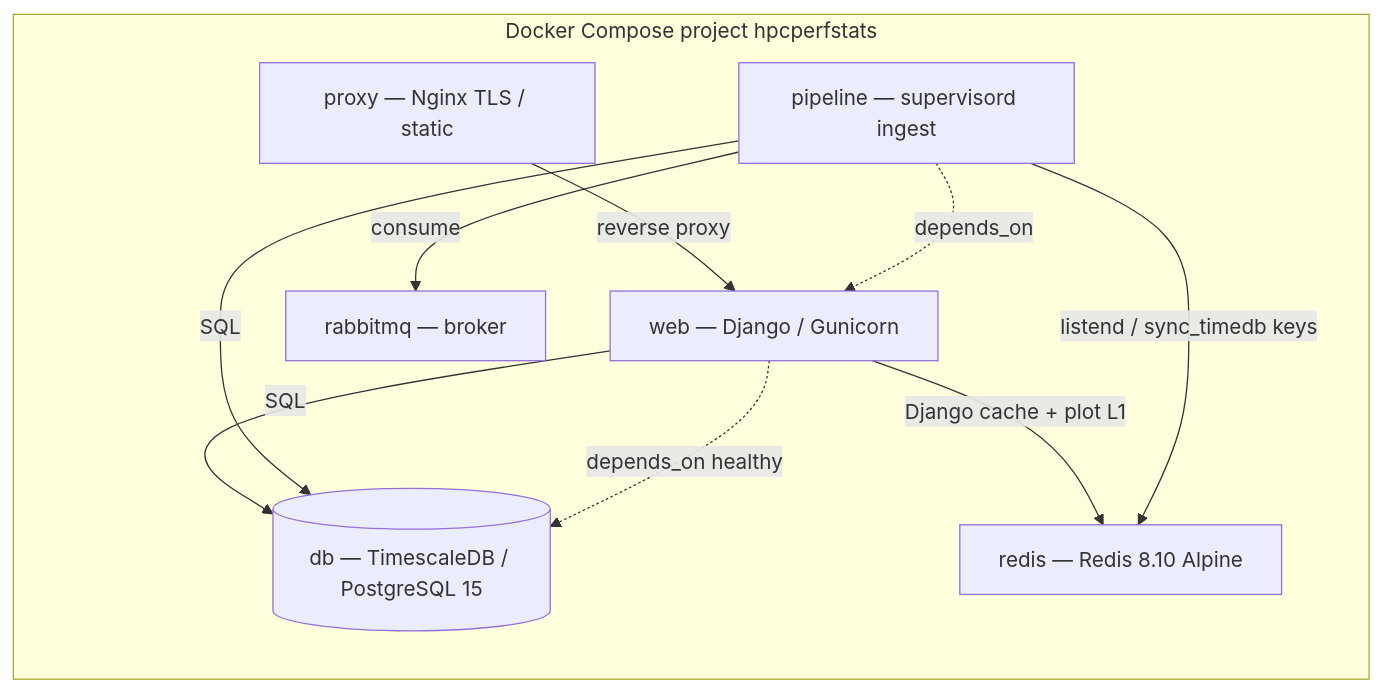
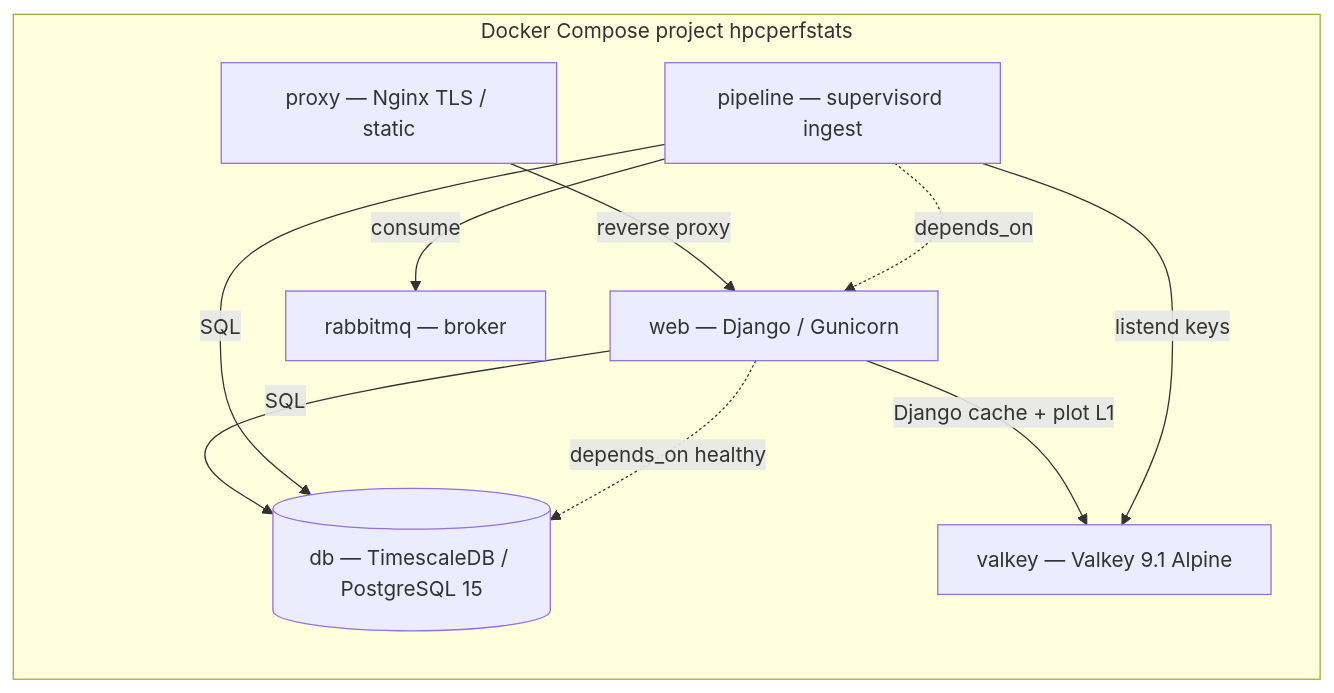
The second of 2 diagrams in docs/design-document.md (TACC/HPCPerfStats), drawn with Mermaid before and after one commit. The commit also changed other lines of this file and 126 other files, not shown here.

First line of the commit message:
Valkey 9.1 replaces Redis; django-valkey + valkey-py replace redis-py

````diff
--- a/docs/design-document.md
+++ b/docs/design-document.md
@@ -93,21 +92,21 @@
 ```mermaid
 flowchart TB
   subgraph compose["Docker Compose project hpcperfstats"]
     direction TB
     PXY[proxy — Nginx TLS / static]
     WEB[web — Django / Gunicorn]
     PIPE[pipeline — supervisord ingest]
     DB[(db — TimescaleDB / PostgreSQL 15)]
-    REDIS[redis — Redis 8.10 Alpine]
+    VALKEY[valkey — Valkey 9.1 Alpine]
     RMQ[rabbitmq — broker]
   end
 
   PXY -->|reverse proxy| WEB
   WEB -->|SQL| DB
-  WEB -->|Django cache + plot L1| REDIS
+  WEB -->|Django cache + plot L1| VALKEY
   PIPE -->|SQL| DB
-  PIPE -->|listend / sync_timedb keys| REDIS
+  PIPE -->|listend keys| VALKEY
   PIPE -->|consume| RMQ
   WEB -.->|depends_on healthy| DB
   PIPE -.->|depends_on| WEB
 ```
````
